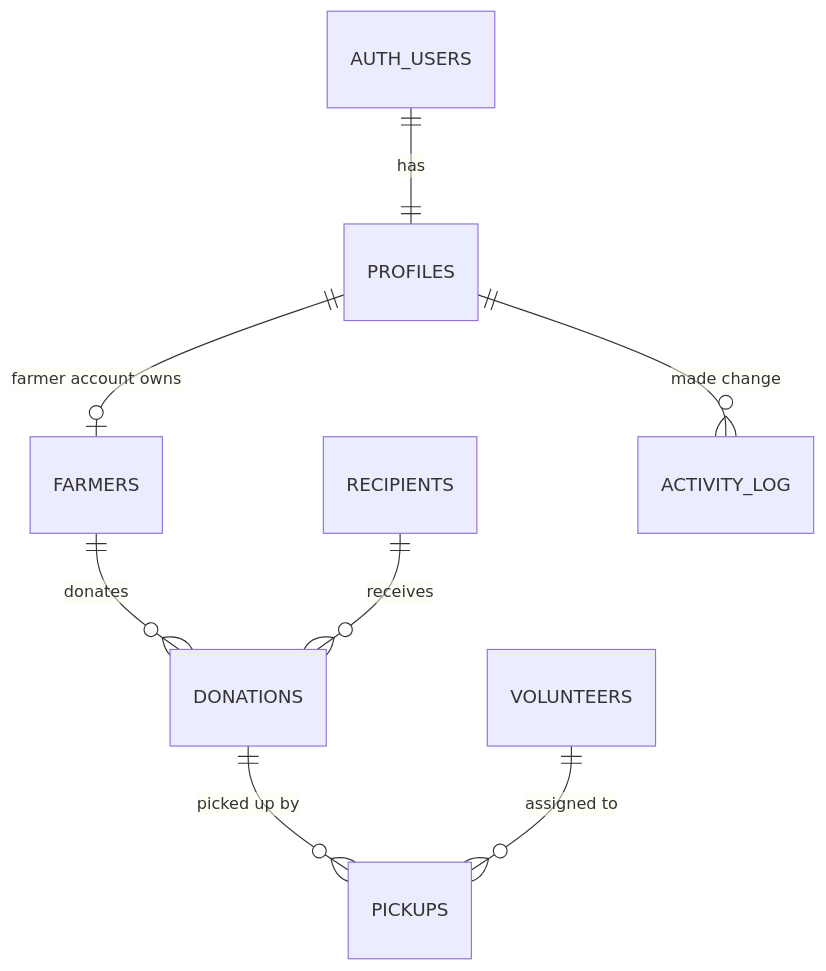
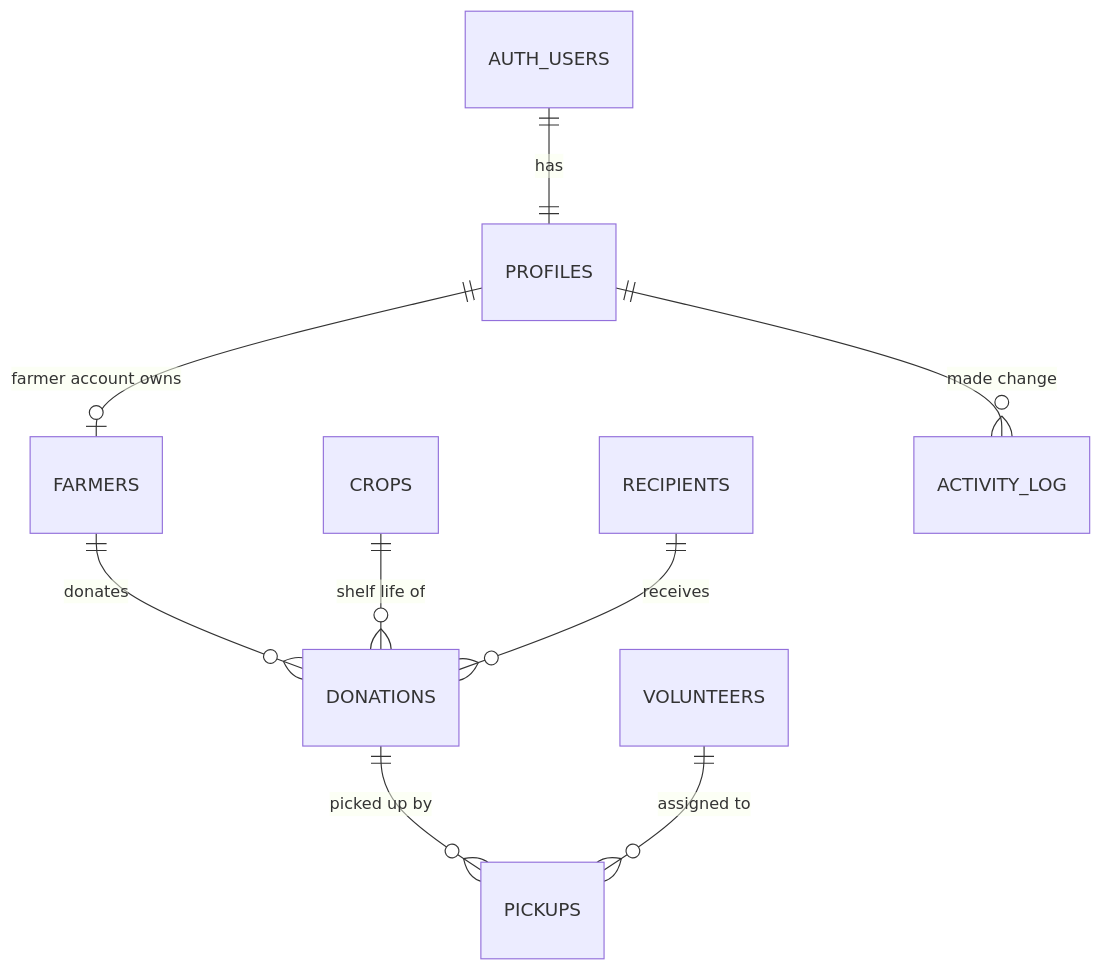
One commit to ritztan/Siloo changed the fifth of 6 diagrams in README.md. Above: the diagram before and after it, drawn with Mermaid. The commit also changed other lines of this file and 10 other files, not shown here.

````diff
--- a/README.md
+++ b/README.md
@@ -174,10 +190,11 @@
 ```mermaid
 erDiagram
     AUTH_USERS ||--|| PROFILES : "has"
     PROFILES ||--o| FARMERS : "farmer account owns"
     FARMERS ||--o{ DONATIONS : "donates"
+    CROPS ||--o{ DONATIONS : "shelf life of"
     RECIPIENTS ||--o{ DONATIONS : "receives"
     DONATIONS ||--o{ PICKUPS : "picked up by"
     VOLUNTEERS ||--o{ PICKUPS : "assigned to"
     PROFILES ||--o{ ACTIVITY_LOG : "made change"
 ```
````
